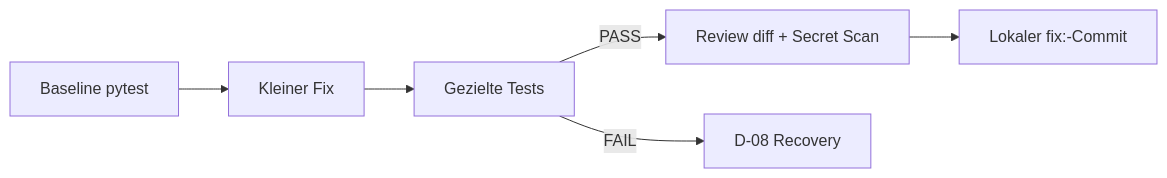
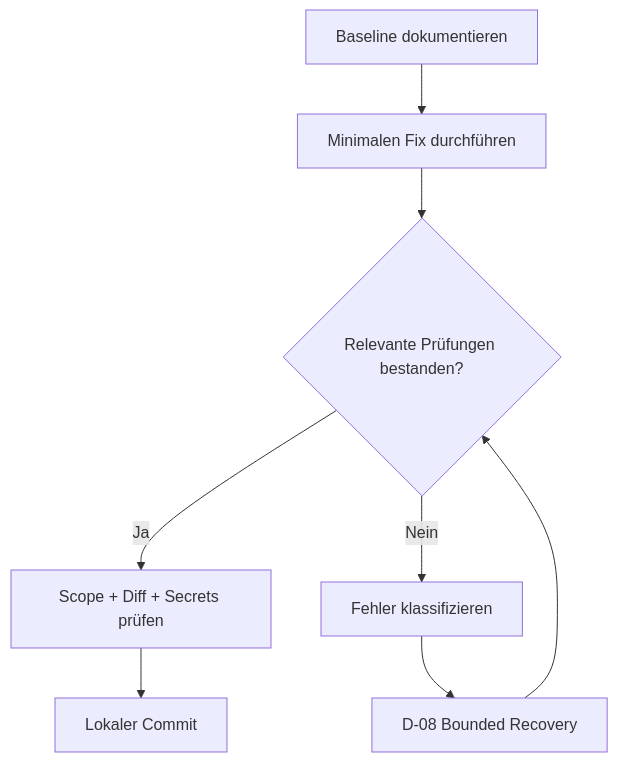
One commit to pancoda-software/portable-agentic-policy-kit changed the second of 3 diagrams in docs/04-praxisbeispiele.md. Above: the diagram before and after it, drawn with Mermaid. The commit also changed other lines of this file and 35 other files, not shown here.

````diff
--- a/docs/04-praxisbeispiele.md
+++ b/docs/04-praxisbeispiele.md
@@ -68,8 +42,10 @@
 ```mermaid
-flowchart LR
-    B["Baseline pytest"] --> F["Kleiner Fix"]
-    F --> T["Gezielte Tests"]
-    T -->|PASS| D["Review diff + Secret Scan"]
-    D --> C["Lokaler fix:-Commit"]
-    T -->|FAIL| R["D-08 Recovery"]
+flowchart TD
+    B["Baseline dokumentieren"] --> C["Minimalen Fix durchführen"]
+    C --> T{"Relevante Prüfungen bestanden?"}
+    T -->|Ja| R["Scope + Diff + Secrets prüfen"]
+    R --> CM["Lokaler Commit"]
+    T -->|Nein| E["Fehler klassifizieren"]
+    E --> REC["D-08 Bounded Recovery"]
+    REC --> T
 ```
````
